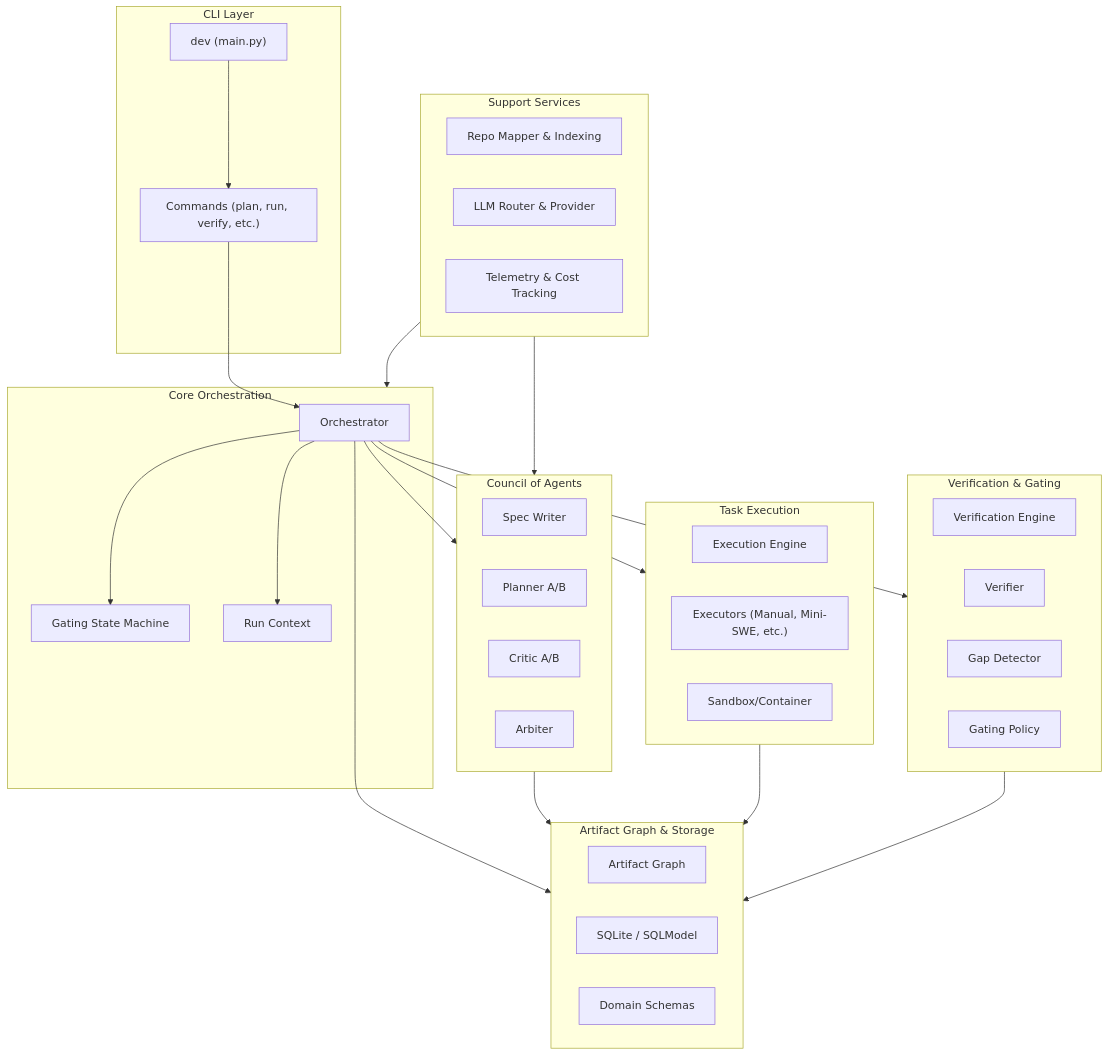
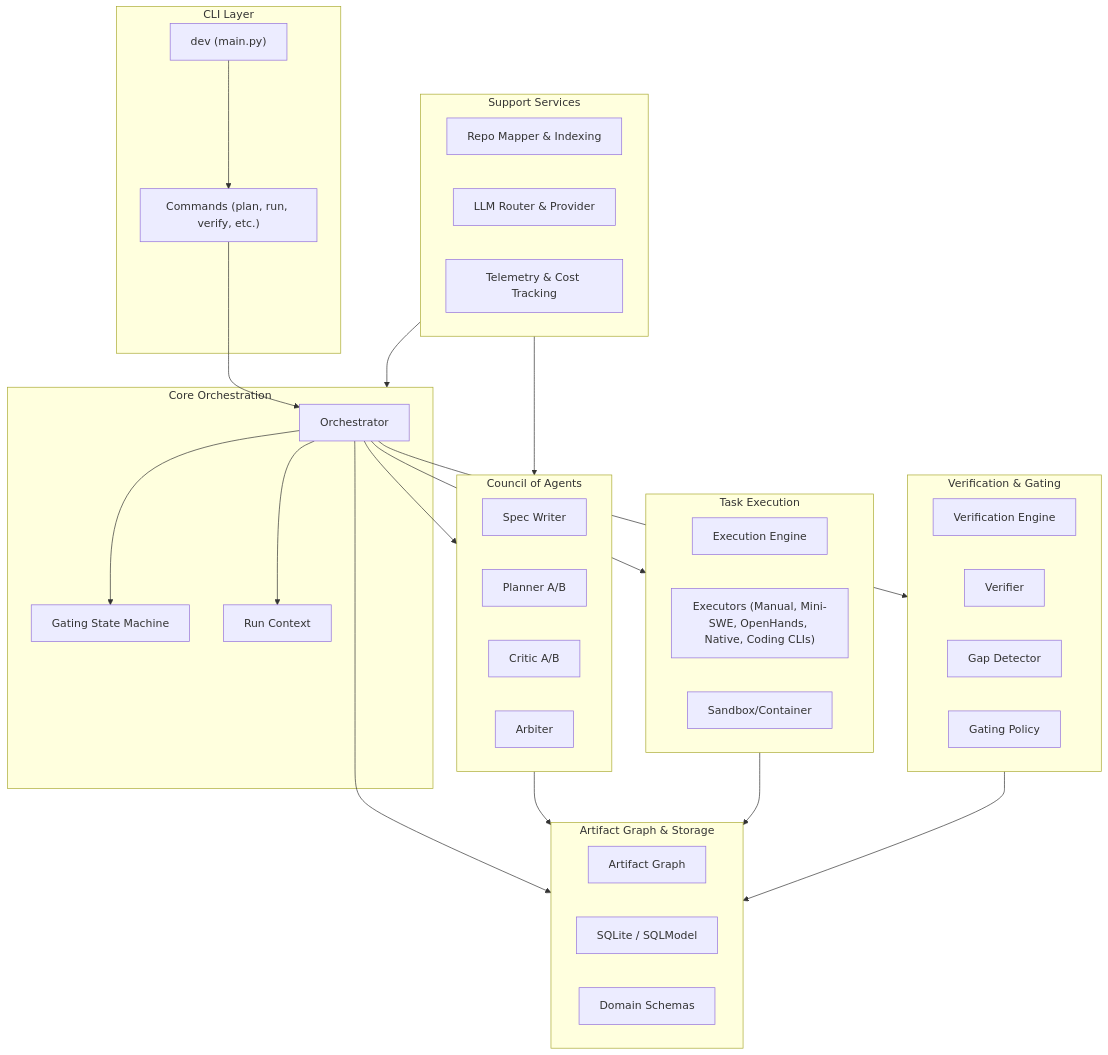
One commit to bharathvbcr/DevCouncil changed the diagram in docs/architecture/codebase.md. Above: the diagram before and after it, drawn with Mermaid. The commit also changed other lines of this file and 94 other files, not shown here.

````diff
--- a/docs/architecture/codebase.md
+++ b/docs/architecture/codebase.md
@@ -9,60 +9,60 @@
 ```mermaid
 graph TD
     subgraph CLI ["CLI Layer"]
         MainCLI["dev (main.py)"]
         Commands["Commands (plan, run, verify, etc.)"]
     end
 
     subgraph Core ["Core Orchestration"]
         Orchestrator["Orchestrator"]
         StateMachine["Gating State Machine"]
         RunContext["Run Context"]
     end
 
     subgraph Intelligence ["Council of Agents"]
         SpecWriter["Spec Writer"]
         Planner["Planner A/B"]
         Critic["Critic A/B"]
         Arbiter["Arbiter"]
     end
 
     subgraph Data ["Artifact Graph & Storage"]
         Graph["Artifact Graph"]
         DB["SQLite / SQLModel"]
         Schemas["Domain Schemas"]
     end
 
     subgraph Execution ["Task Execution"]
         ExecEngine["Execution Engine"]
-        Executors["Executors (Manual, Mini-SWE, etc.)"]
+        Executors["Executors (Manual, Mini-SWE, OpenHands, Native, Coding CLIs)"]
         Sandbox["Sandbox/Container"]
     end
 
     subgraph Verification ["Verification & Gating"]
         VerifEngine["Verification Engine"]
         Verifier["Verifier"]
         GapDetector["Gap Detector"]
         GatingPolicy["Gating Policy"]
     end
 
     subgraph Infrastructure ["Support Services"]
         Indexing["Repo Mapper & Indexing"]
         LLM["LLM Router & Provider"]
         Telemetry["Telemetry & Cost Tracking"]
     end
 
     MainCLI --> Commands
     Commands --> Orchestrator
     Orchestrator --> StateMachine
     Orchestrator --> RunContext
     Orchestrator --> Intelligence
     Orchestrator --> Data
     Orchestrator --> Execution
     Orchestrator --> Verification
     
     Intelligence --> Data
     Execution --> Data
     Verification --> Data
     Infrastructure --> Core
     Infrastructure --> Intelligence
 ```
````
